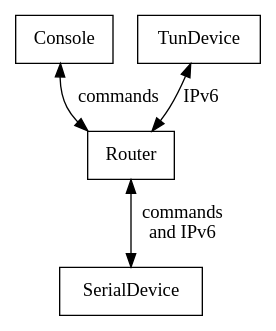
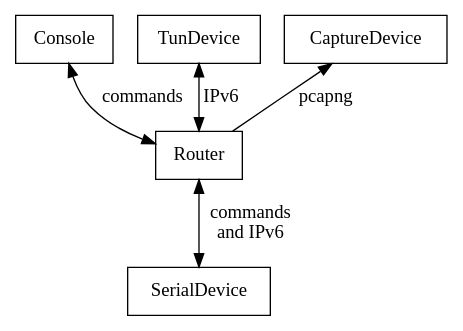
The diagram in doc/blocks.dot (epri-dev/wisund), drawn with Graphviz before and after one commit. The commit also changed 8 other files, not shown here.

```diff
--- a/doc/blocks.dot
+++ b/doc/blocks.dot
@@ -1,9 +1,11 @@
 graph blocks {
     Console [shape=box];
     TunDevice [shape=box];
+    CaptureDevice [shape=box];
     Router [shape=box];
     SerialDevice [shape=box];
     Console -- Router [label="commands" dir=both];
     TunDevice -- Router [label="IPv6" dir=both];
+    CaptureDevice -- Router [label="pcapng" dir=back];
     Router -- SerialDevice [label="commands\nand IPv6" dir=both];
 }
```
